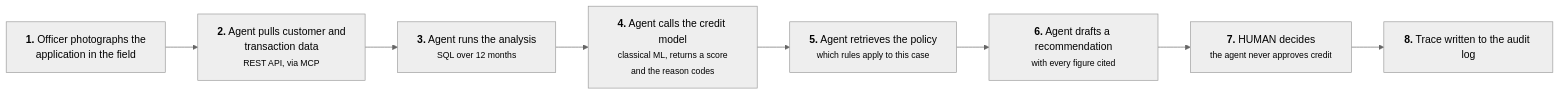
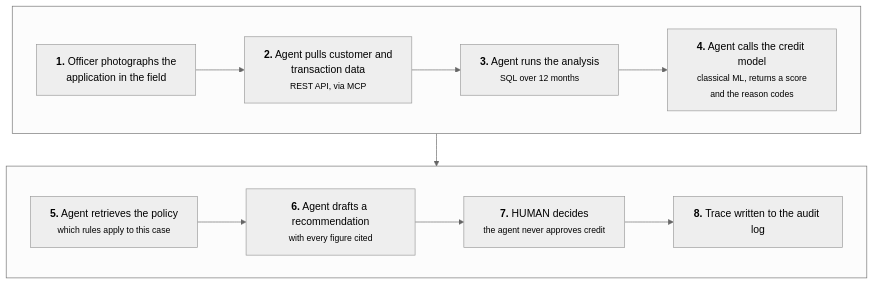
One commit to situkangsayur/dnd-ai-products-services-pro-course-slides changed the diagram in figs/hendri-case-flow.mmd. Above: the diagram before and after it, drawn with Mermaid (neutral theme). The commit also changed 148 other files, not shown here.

First line of the commit message:
Diagram yang mengecil: tuntas. 0 dari 191 figur tampil di bawah 55%

```diff
--- a/figs/hendri-case-flow.mmd
+++ b/figs/hendri-case-flow.mmd
@@ -1,14 +1,32 @@
-%% direction chosen by tools/figures.py: this renders
-%% better in the space a slide gives it. Edit the deck
-%% source, not this file.
 
-flowchart LR
+flowchart TB
   S1["<b>1.</b> Officer photographs the<br/>application in the field"]
   S2["<b>2.</b> Agent pulls customer and<br/>transaction data<br/><small>REST API, via MCP</small>"]
   S3["<b>3.</b> Agent runs the analysis<br/><small>SQL over 12 months</small>"]
   S4["<b>4.</b> Agent calls the credit model<br/><small>classical ML, returns a score<br/>and the reason codes</small>"]
   S5["<b>5.</b> Agent retrieves the policy<br/><small>which rules apply to this case</small>"]
   S6["<b>6.</b> Agent drafts a recommendation<br/><small>with every figure cited</small>"]
   S7["<b>7.</b> HUMAN decides<br/><small>the agent never approves credit</small>"]
   S8["<b>8.</b> Trace written to the audit log"]
-  S1 --> S2 --> S3 --> S4 --> S5 --> S6 --> S7 --> S8
+  S1 --> S2 --> S3 --> S4
+  S4 --> S5
+  S5 --> S6 --> S7 --> S8
+
+  %% Two rows of four. Eight steps in one line comes out 2441px wide and eight
+  %% in one column 1110px tall; neither fits the space a slide gives a figure,
+  %% and the renderer can only choose between the two -- it cannot invent a
+  %% third shape. Subgraphs do that here.
+  subgraph ROW1[" "]
+    direction LR
+    S1
+    S2
+    S3
+    S4
+  end
+  subgraph ROW2[" "]
+    direction LR
+    S5
+    S6
+    S7
+    S8
+  end
```
